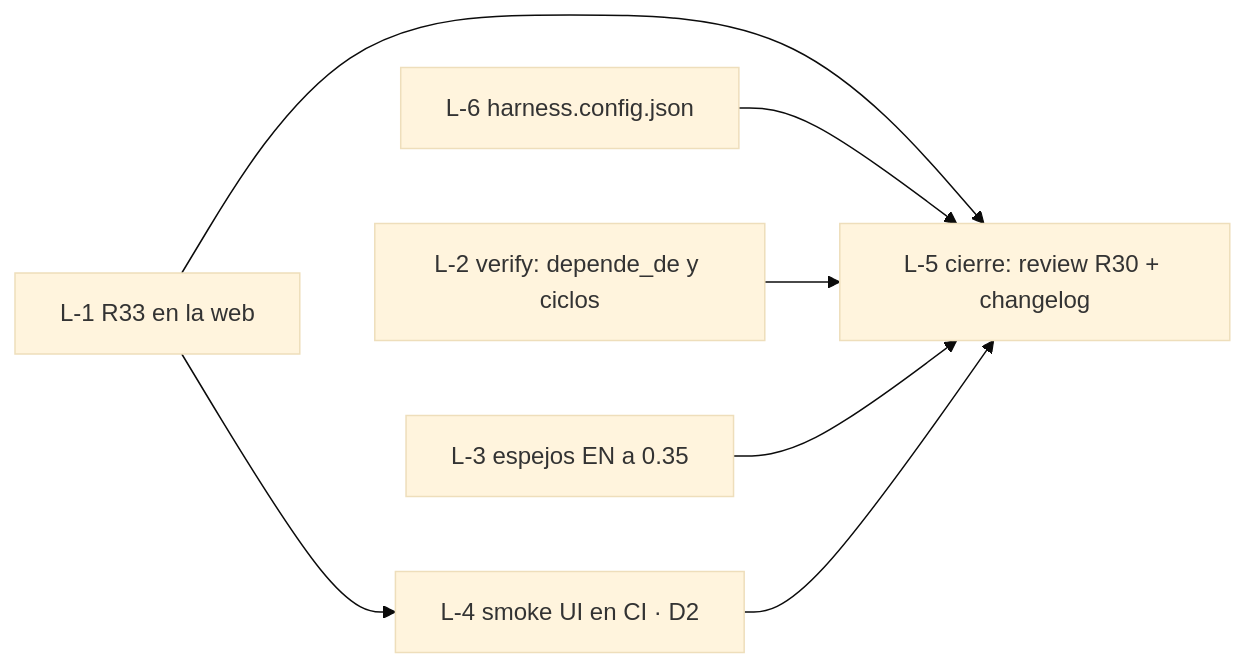
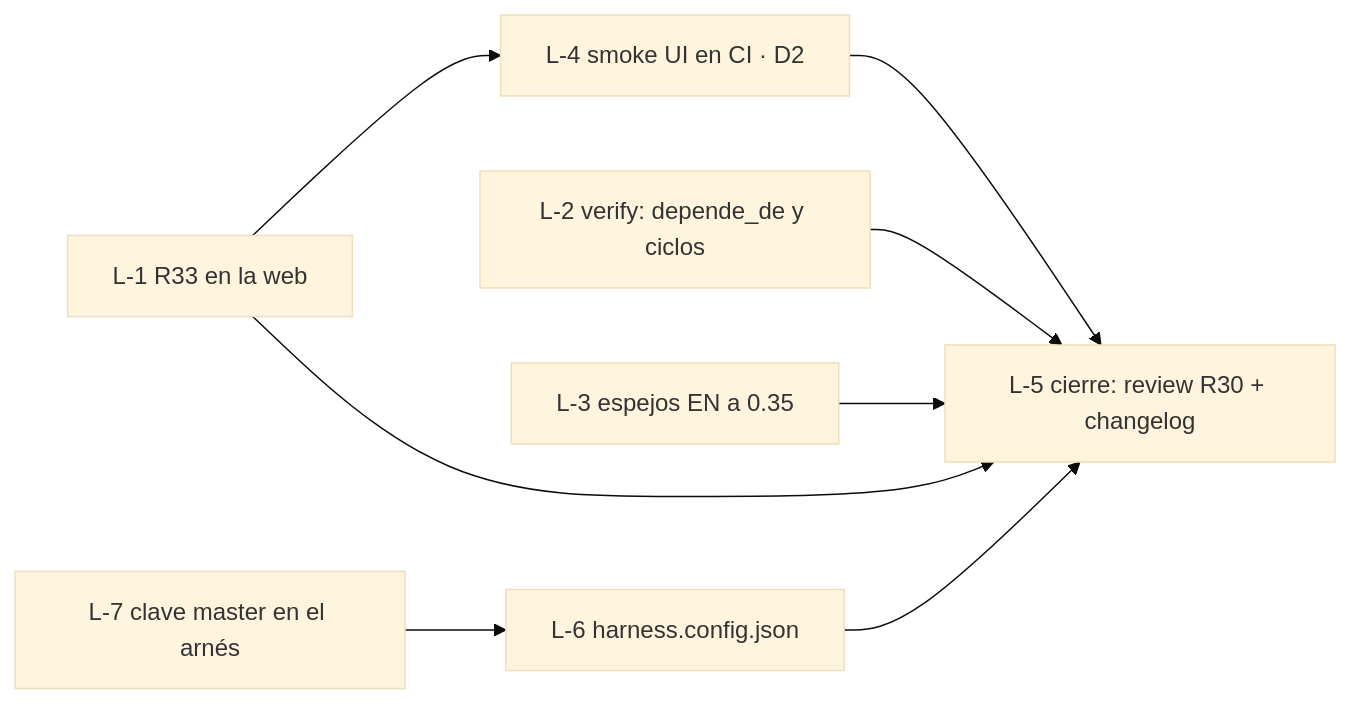
The diagram in sdd/loops/dev-de-10.md (Fakundus01/sdd-universal), drawn with Mermaid (base theme) before and after one commit. The commit also changed other lines of this file and 4 other files, not shown here.

Commit message:
DRIFT L-6 → A: clave master en harness.md §2; tarjeta L-7, L-6 depende de L-7

````diff
--- a/sdd/loops/dev-de-10.md
+++ b/sdd/loops/dev-de-10.md
@@ -24,12 +24,12 @@
 ```mermaid
 graph LR
   L-1[L-1 R33 en la web] --> L-4[L-4 smoke UI en CI · D2]
   L-2[L-2 verify: depende_de y ciclos]
   L-3[L-3 espejos EN a 0.35]
-  L-6[L-6 harness.config.json]
+  L-7[L-7 clave master en el arnés] --> L-6[L-6 harness.config.json]
   L-1 --> L-5[L-5 cierre: review R30 + changelog]
   L-6 --> L-5
   L-2 --> L-5
   L-3 --> L-5
   L-4 --> L-5
 ```
````
